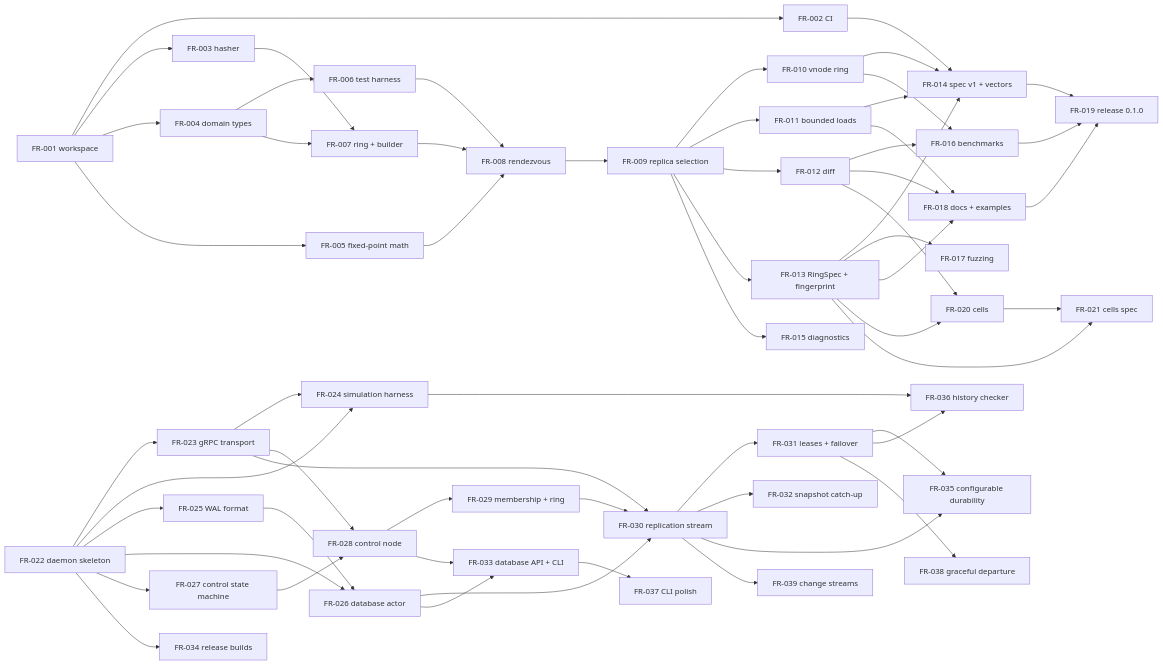
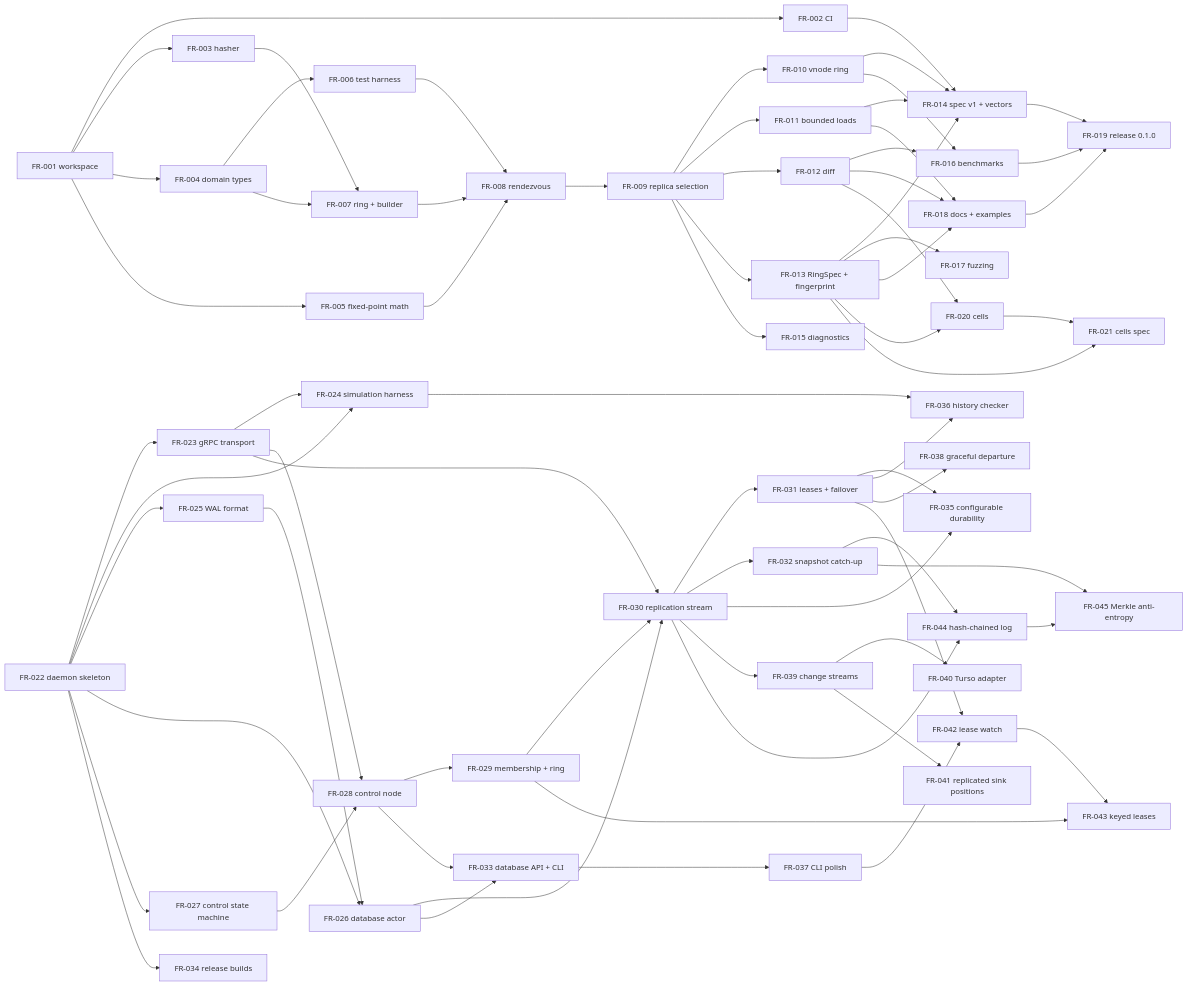
The diagram in docs/tickets/README.md (fleetring/fleetring), drawn with Mermaid before and after one commit. The commit also changed other lines of this file and 37 other files, not shown here.

````diff
--- a/docs/tickets/README.md
+++ b/docs/tickets/README.md
@@ -88,61 +95,71 @@
 ```mermaid
 flowchart LR
   FR001[FR-001 workspace] --> FR002[FR-002 CI]
   FR001 --> FR003[FR-003 hasher]
   FR001 --> FR004[FR-004 domain types]
   FR001 --> FR005[FR-005 fixed-point math]
   FR004 --> FR006[FR-006 test harness]
   FR003 --> FR007[FR-007 ring + builder]
   FR004 --> FR007
   FR005 --> FR008[FR-008 rendezvous]
   FR006 --> FR008
   FR007 --> FR008
   FR008 --> FR009[FR-009 replica selection]
   FR009 --> FR010[FR-010 vnode ring]
   FR009 --> FR011[FR-011 bounded loads]
   FR009 --> FR012[FR-012 diff]
   FR009 --> FR013[FR-013 RingSpec + fingerprint]
   FR009 --> FR015[FR-015 diagnostics]
   FR002 --> FR014[FR-014 spec v1 + vectors]
   FR010 --> FR014
   FR011 --> FR014
   FR013 --> FR014
   FR010 --> FR016[FR-016 benchmarks]
   FR012 --> FR016
   FR013 --> FR017[FR-017 fuzzing]
   FR011 --> FR018[FR-018 docs + examples]
   FR012 --> FR018
   FR013 --> FR018
   FR014 --> FR019[FR-019 release 0.1.0]
   FR016 --> FR019
   FR018 --> FR019
   FR012 --> FR020[FR-020 cells]
   FR013 --> FR020
   FR013 --> FR021[FR-021 cells spec]
   FR020 --> FR021
   FR022[FR-022 daemon skeleton] --> FR023[FR-023 gRPC transport]
   FR022 --> FR024[FR-024 simulation harness]
   FR023 --> FR024
   FR022 --> FR025[FR-025 WAL format]
   FR022 --> FR026[FR-026 database actor]
   FR025 --> FR026
   FR022 --> FR027[FR-027 control state machine]
   FR023 --> FR028[FR-028 control node]
   FR027 --> FR028
   FR028 --> FR029[FR-029 membership + ring]
   FR023 --> FR030[FR-030 replication stream]
   FR026 --> FR030
   FR029 --> FR030
   FR030 --> FR031[FR-031 leases + failover]
   FR030 --> FR032[FR-032 snapshot catch-up]
   FR026 --> FR033[FR-033 database API + CLI]
   FR028 --> FR033
   FR022 --> FR034[FR-034 release builds]
   FR030 --> FR035[FR-035 configurable durability]
   FR031 --> FR035
   FR024 --> FR036[FR-036 history checker]
   FR031 --> FR036
   FR033 --> FR037[FR-037 CLI polish]
   FR031 --> FR038[FR-038 graceful departure]
   FR030 --> FR039[FR-039 change streams]
+  FR039 --> FR040[FR-040 Turso adapter]
+  FR039 --> FR041[FR-041 replicated sink positions]
+  FR031 --> FR042[FR-042 lease watch]
+  FR037 --> FR042
+  FR042 --> FR043[FR-043 keyed leases]
+  FR029 --> FR043
+  FR030 --> FR044[FR-044 hash-chained log]
+  FR032 --> FR044
+  FR044 --> FR045[FR-045 Merkle anti-entropy]
+  FR032 --> FR045
 ```
````
